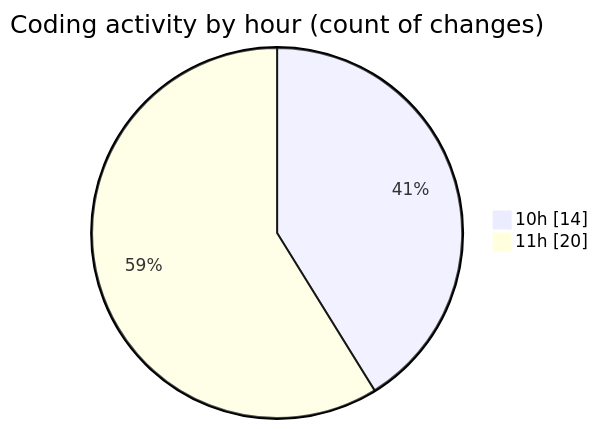
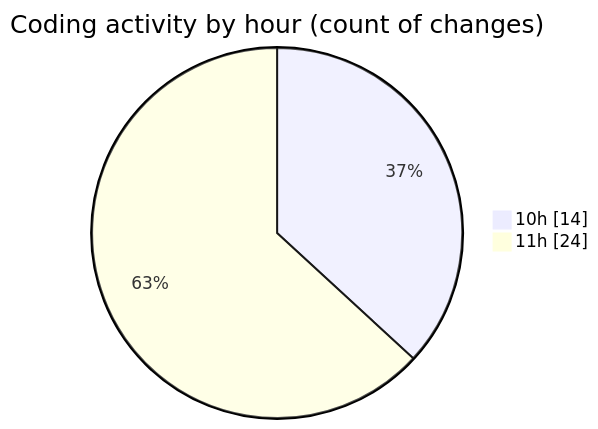
One commit to nxtqubesakshisongat/code-tracking changed the second of 2 diagrams in 2026-04-05/nxtqube_webapp/README.md. Above: the diagram before and after it, drawn with Mermaid. The commit also changed other lines of this file and 1 other file, not shown here.

````diff
--- a/2026-04-05/nxtqube_webapp/README.md
+++ b/2026-04-05/nxtqube_webapp/README.md
@@ -33,6 +35,6 @@
 ```mermaid
 pie showData
 title Coding activity by hour (count of changes)
 "10h" : 14
-"11h" : 20
+"11h" : 24
 ```
````
